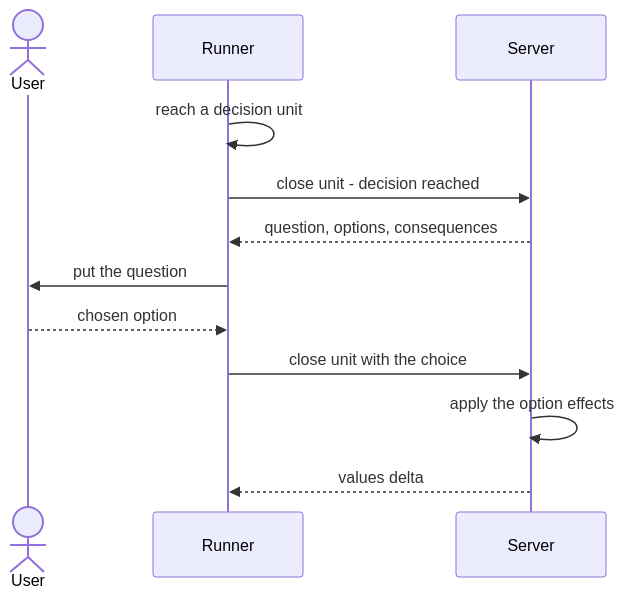
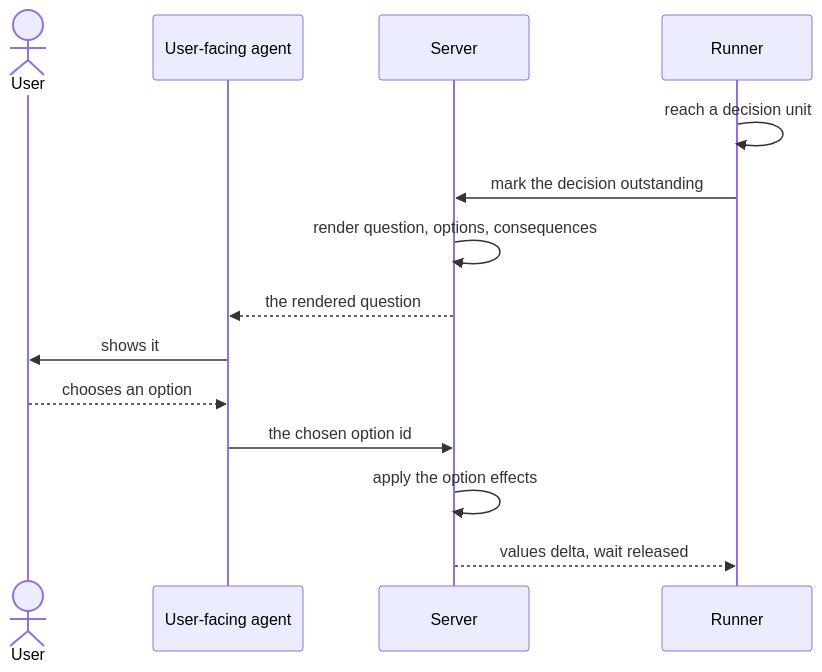
The tenth of 13 diagrams in artifacts/planning/2026-08-28-runner-execution-protocol/README.md (m2ux/workflow-server), drawn with Mermaid before and after one commit. The commit also changed other lines of this file, not shown here.

First line of the commit message:
Route decisions through the user-facing agent in every diagram

````diff
--- a/artifacts/planning/2026-08-28-runner-execution-protocol/README.md
+++ b/artifacts/planning/2026-08-28-runner-execution-protocol/README.md
@@ -614,15 +612,17 @@
 ```mermaid
 sequenceDiagram
     actor U as User
+    participant F as User-facing agent
+    participant S as Server
     participant R as Runner
-    participant S as Server
 
     R->>R: reach a decision unit
-    R->>S: close unit - decision reached
-    S-->>R: question, options, consequences
-    R->>U: put the question
-    U-->>R: chosen option
-    R->>S: close unit with the choice
+    R->>S: mark the decision outstanding
+    S->>S: render question, options, consequences
+    S-->>F: the rendered question
+    F->>U: shows it
+    U-->>F: chooses an option
+    F->>S: the chosen option id
     S->>S: apply the option effects
-    S-->>R: values delta
+    S-->>R: values delta, wait released
 ```
````
